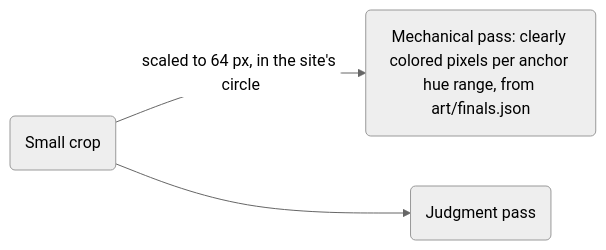
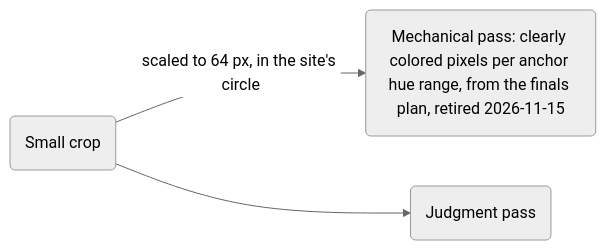
The diagram in art/concepts/keepers.md (Colorado-Startups/coloradostartups.org), drawn with Mermaid (neutral theme) before and after one commit. The commit also changed 45 other files, not shown here.

First line of the commit message:
Guides take the brand scene; retire the pre-brand art and Anima finals

````diff
--- a/art/concepts/keepers.md
+++ b/art/concepts/keepers.md
@@ -23,5 +23,5 @@
 ```mermaid
 flowchart LR
-  C("Small crop") -->|"scaled to 64 px, in the site's circle"| M("Mechanical pass: clearly colored pixels per anchor hue range, from art/finals.json")
+  C("Small crop") -->|"scaled to 64 px, in the site's circle"| M("Mechanical pass: clearly colored pixels per anchor hue range, from the finals plan, retired 2026-11-15")
   C --> J("Judgment pass")
 ```
````
